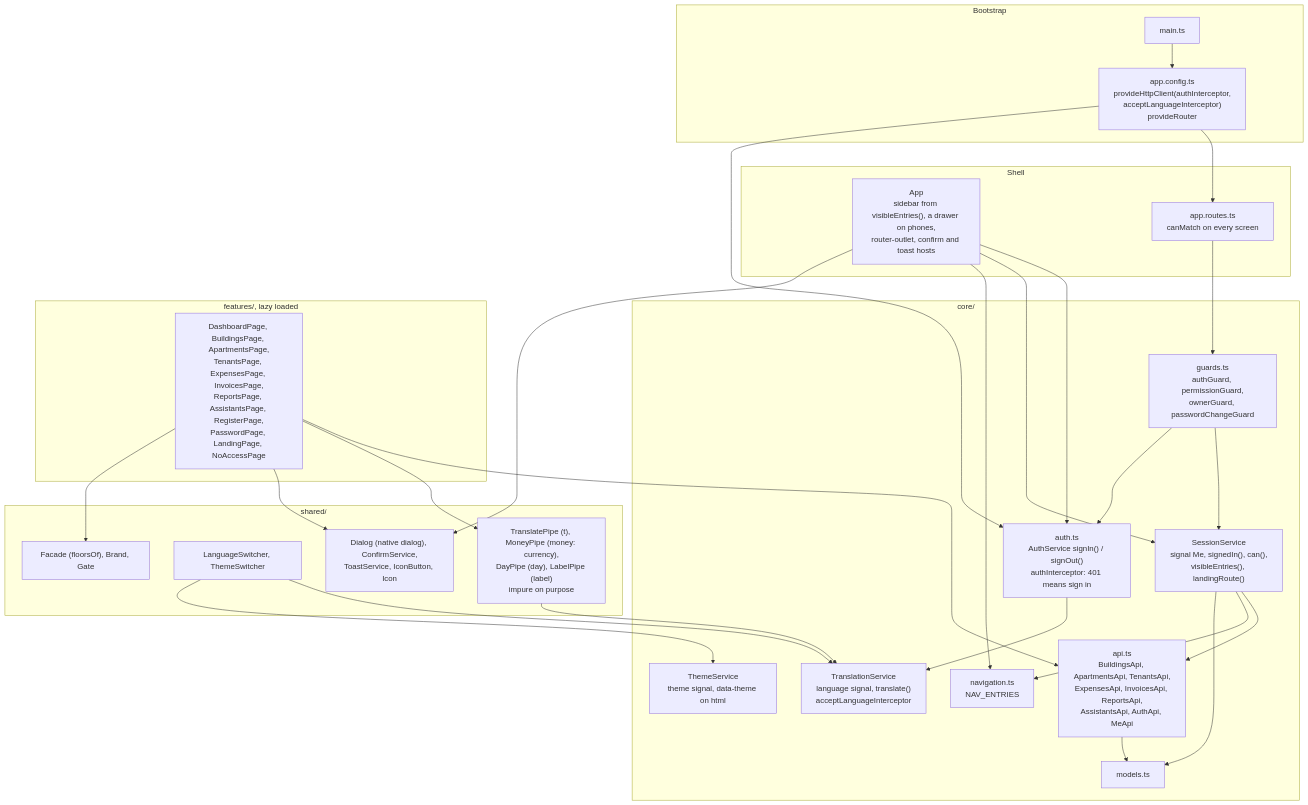
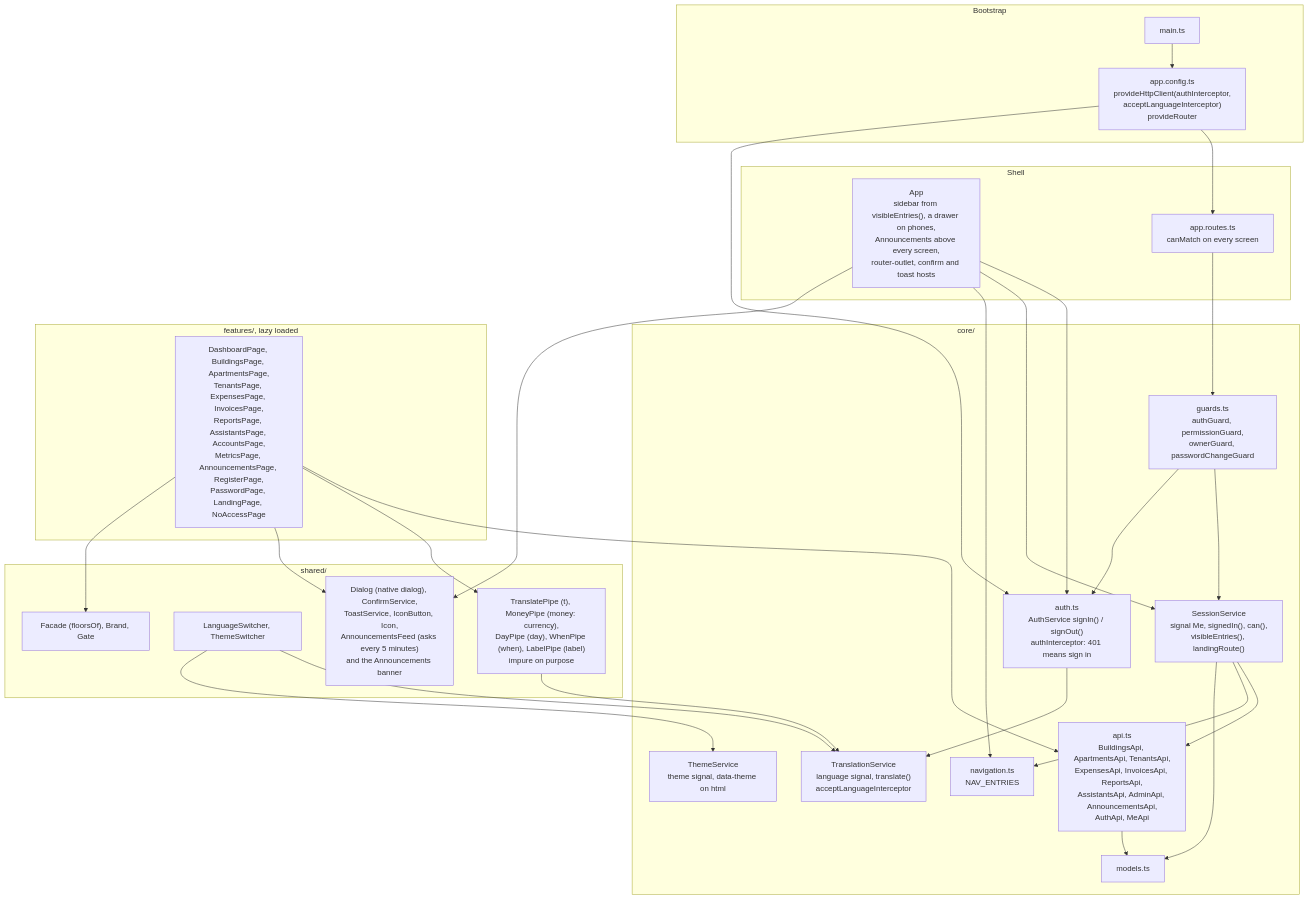
One commit to stephane-nganou/building-management-systems changed the seventh of 20 diagrams in docs/ARCHITECTURE_DIAGRAMS.md. Above: the diagram before and after it, drawn with Mermaid. The commit also changed other lines of this file and 37 other files, not shown here.

````diff
--- a/docs/ARCHITECTURE_DIAGRAMS.md
+++ b/docs/ARCHITECTURE_DIAGRAMS.md
@@ -554,57 +554,57 @@
 ```mermaid
 flowchart TB
     subgraph boot["Bootstrap"]
         main["main.ts"]
         appcfg["app.config.ts<br/>provideHttpClient(authInterceptor,<br/>acceptLanguageInterceptor)<br/>provideRouter"]
     end
 
     subgraph shell["Shell"]
-        app["App<br/>sidebar from visibleEntries(), a drawer on phones,<br/>router-outlet, confirm and toast hosts"]
+        app["App<br/>sidebar from visibleEntries(), a drawer on phones,<br/>Announcements above every screen,<br/>router-outlet, confirm and toast hosts"]
         routes["app.routes.ts<br/>canMatch on every screen"]
     end
 
     subgraph core["core/"]
         session["SessionService<br/>signal Me, signedIn(), can(),<br/>visibleEntries(), landingRoute()"]
         auth["auth.ts<br/>AuthService signIn() / signOut()<br/>authInterceptor: 401 means sign in"]
         guards["guards.ts<br/>authGuard, permissionGuard,<br/>ownerGuard, passwordChangeGuard"]
-        api["api.ts<br/>BuildingsApi, ApartmentsApi, TenantsApi,<br/>ExpensesApi, InvoicesApi, ReportsApi,<br/>AssistantsApi, AuthApi, MeApi"]
+        api["api.ts<br/>BuildingsApi, ApartmentsApi, TenantsApi,<br/>ExpensesApi, InvoicesApi, ReportsApi,<br/>AssistantsApi, AdminApi, AnnouncementsApi,<br/>AuthApi, MeApi"]
         i18n["TranslationService<br/>language signal, translate()<br/>acceptLanguageInterceptor"]
         theme["ThemeService<br/>theme signal, data-theme on html"]
         nav["navigation.ts<br/>NAV_ENTRIES"]
         models["models.ts"]
     end
 
     subgraph features["features/, lazy loaded"]
-        pages["DashboardPage, BuildingsPage, ApartmentsPage,<br/>TenantsPage, ExpensesPage, InvoicesPage,<br/>ReportsPage, AssistantsPage, RegisterPage,<br/>PasswordPage, LandingPage, NoAccessPage"]
+        pages["DashboardPage, BuildingsPage, ApartmentsPage,<br/>TenantsPage, ExpensesPage, InvoicesPage,<br/>ReportsPage, AssistantsPage, AccountsPage,<br/>MetricsPage, AnnouncementsPage, RegisterPage,<br/>PasswordPage, LandingPage, NoAccessPage"]
     end
 
     subgraph sharedui["shared/"]
-        pipes["TranslatePipe (t), MoneyPipe (money: currency),<br/>DayPipe (day), LabelPipe (label)<br/>impure on purpose"]
+        pipes["TranslatePipe (t), MoneyPipe (money: currency),<br/>DayPipe (day), WhenPipe (when), LabelPipe (label)<br/>impure on purpose"]
         lang["LanguageSwitcher, ThemeSwitcher"]
-        ui["Dialog (native dialog), ConfirmService,<br/>ToastService, IconButton, Icon"]
+        ui["Dialog (native dialog), ConfirmService,<br/>ToastService, IconButton, Icon,<br/>AnnouncementsFeed (asks every 5 minutes)<br/>and the Announcements banner"]
         look["Facade (floorsOf), Brand, Gate"]
     end
 
     main --> appcfg
     appcfg --> routes
     appcfg --> auth
     routes --> guards
     guards --> session
     guards --> auth
     auth --> i18n
     app --> auth
     app --> session
     app --> nav
     session --> api
     session --> nav
     pages --> api
     pages --> pipes
     pages --> ui
     pages --> look
     app --> ui
     pipes --> i18n
     lang --> i18n
     lang --> theme
     api --> models
     session --> models
 ```
````
